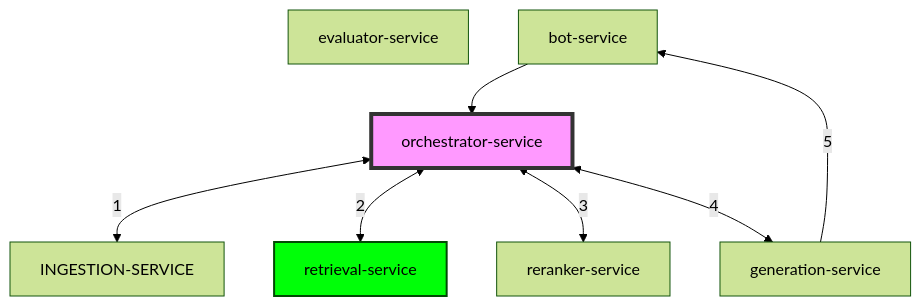
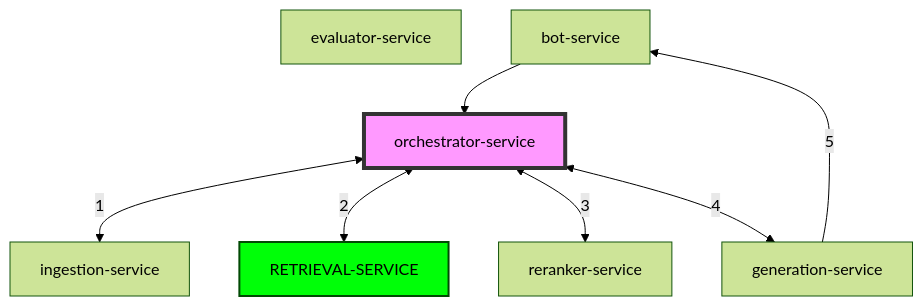
One commit to GregRublik/retrieval-service changed the diagram in README.md. Above: the diagram before and after it, drawn with Mermaid (forest theme).

````diff
--- a/README.md
+++ b/README.md
@@ -4,16 +4,16 @@
 ```mermaid
 graph TD
     K[evaluator-service]
     
     
     F[bot-service] --> c[orchestrator-service]  
-    c <--1--> B[INGESTION-SERVICE] 
-    c <--2--> G[retrieval-service]
+    c <--1--> B[ingestion-service] 
+    c <--2--> G[RETRIEVAL-SERVICE]
     c <--3--> E[reranker-service]
     c <--4--> I[generation-service]
     I --5--> F
     
     
     style c fill:#f9f,stroke:#333,stroke-width:4px,color:#000
     style G fill:#00ff08,stroke:#014a04,stroke-width:2px,color:#000
 ```
````
